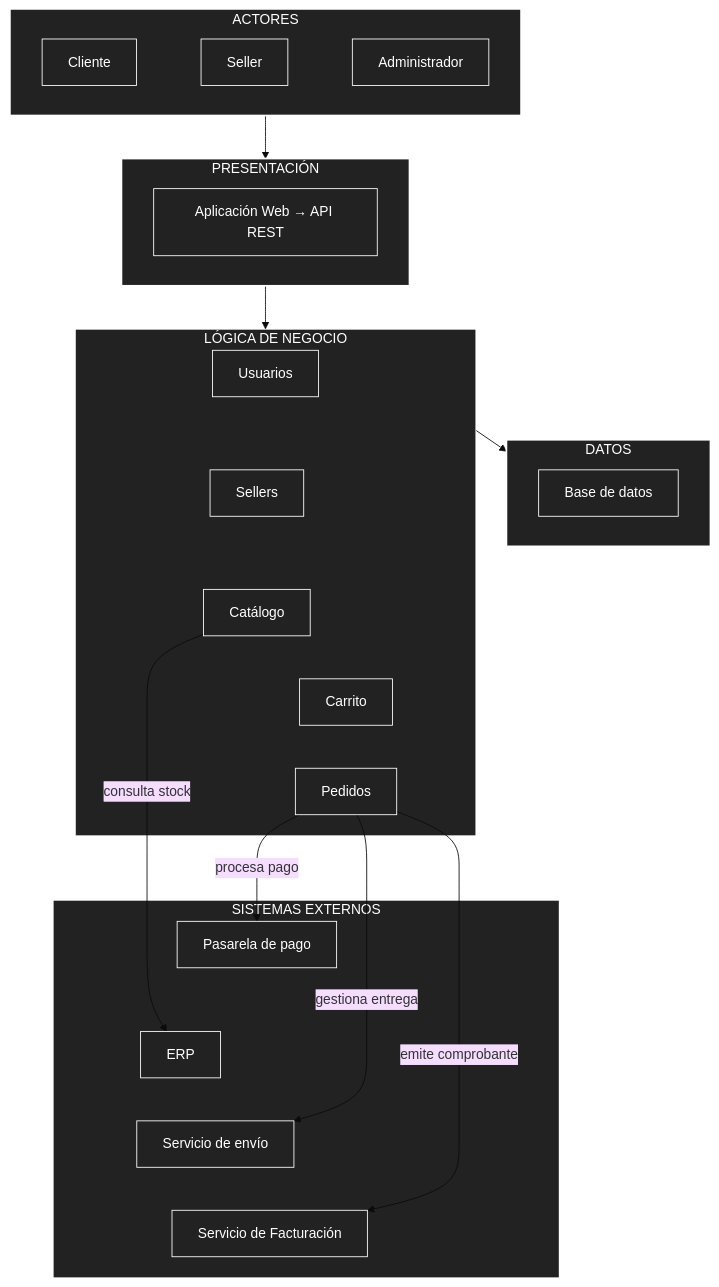
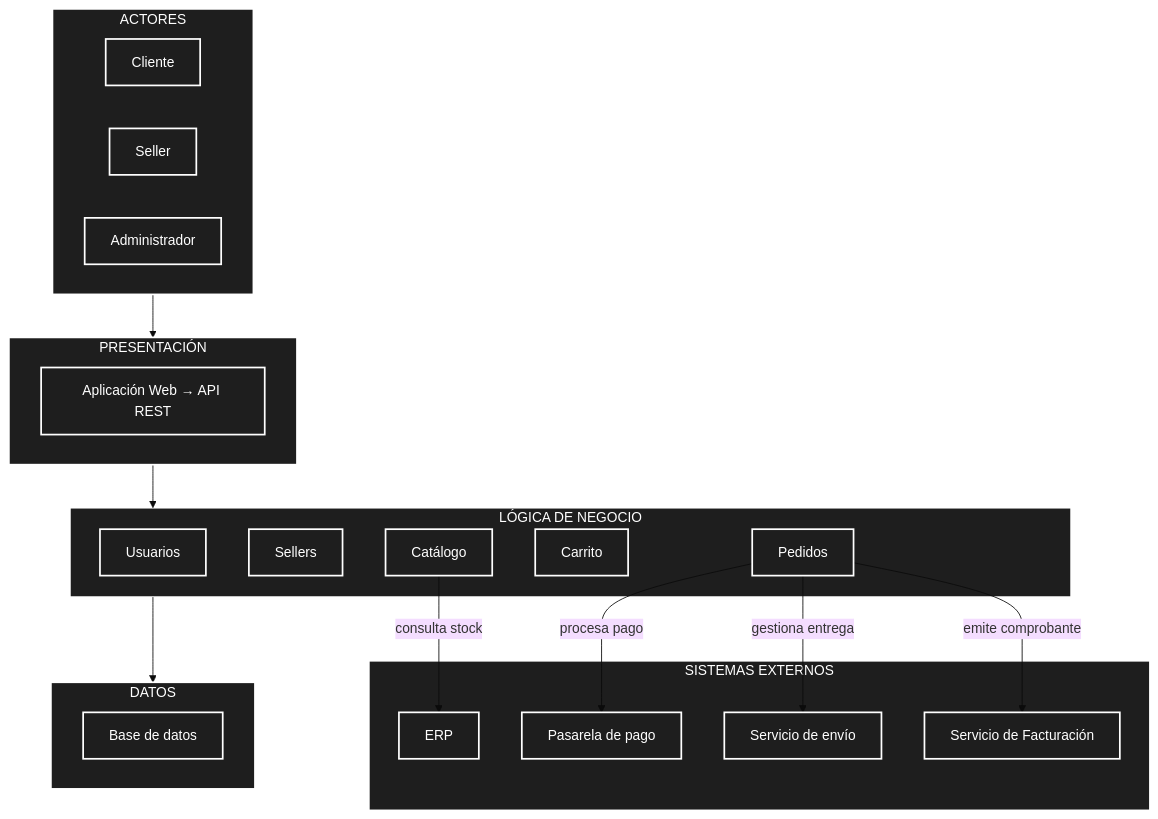
Before and after one commit to trash-projects-invalid/Marketplace-arquitSoft-02-isaias: the diagram in arquitectura/arquitectura-inicial.md, drawn with Mermaid (base theme). The commit also changed other lines of this file and 2 other files, not shown here.

Commit message:
docs: simplificar diagrama de arquitectura y almacenar fuente mermaid en images/

````diff
--- a/arquitectura/arquitectura-inicial.md
+++ b/arquitectura/arquitectura-inicial.md
@@ -94,52 +96,18 @@
     PRESENTACION --> NEGOCIO
     NEGOCIO --> DATOS
 
-    %% Integraciones
+    %% =========================
+    %% INTEGRACIONES
+    %% =========================
+    Catalogo -->|"consulta stock"| ERP
     Pedidos -->|"procesa pago"| Pago
     Pedidos -->|"gestiona entrega"| Envio
     Pedidos -->|"emite comprobante"| Facturacion
-    Catalogo -->|"consulta stock"| ERP
-
-    %% =========================
-    %% DISTRIBUCIÓN HORIZONTAL
-    %% =========================
-    Cliente ~~~ Seller
-    Seller ~~~ Admin
-
-    Usuarios ~~~ Sellers
-    Sellers ~~~ Catalogo
-    Catalogo ~~~ Carrito
-    Carrito ~~~ Pedidos
-
-    Pago ~~~ ERP
-    ERP ~~~ Envio
-    Envio ~~~ Facturacion
 
     %% =========================
     %% ESTILOS
     %% =========================
-    style ACTORES fill:#222,stroke:#fff,stroke-width:2px,color:#fff
-    style PRESENTACION fill:#222,stroke:#fff,stroke-width:2px,color:#fff
-    style NEGOCIO fill:#222,stroke:#fff,stroke-width:2px,color:#fff
-    style DATOS fill:#222,stroke:#fff,stroke-width:2px,color:#fff
-    style EXTERNOS fill:#222,stroke:#fff,stroke-width:2px,color:#fff
-
-    style Cliente fill:#222,stroke:#fff,color:#fff
-    style Seller fill:#222,stroke:#fff,color:#fff
-    style Admin fill:#222,stroke:#fff,color:#fff
-
-    style Web fill:#222,stroke:#fff,color:#fff
-
-    style Usuarios fill:#222,stroke:#fff,color:#fff
-    style Sellers fill:#222,stroke:#fff,color:#fff
-    style Catalogo fill:#222,stroke:#fff,color:#fff
-    style Carrito fill:#222,stroke:#fff,color:#fff
-    style Pedidos fill:#222,stroke:#fff,color:#fff
-
-    style BD fill:#222,stroke:#fff,color:#fff
-
-    style Pago fill:#222,stroke:#fff,color:#fff
-    style ERP fill:#222,stroke:#fff,color:#fff
-    style Envio fill:#222,stroke:#fff,color:#fff
-    style Facturacion fill:#222,stroke:#fff,color:#fff
+    classDef darkBox fill:#1e1e1e,stroke:#ffffff,stroke-width:2px,color:#ffffff
+    class ACTORES,PRESENTACION,NEGOCIO,DATOS,EXTERNOS darkBox
+    class Cliente,Seller,Admin,Web,Usuarios,Sellers,Catalogo,Carrito,Pedidos,BD,Pago,ERP,Envio,Facturacion darkBox
 ```
````
